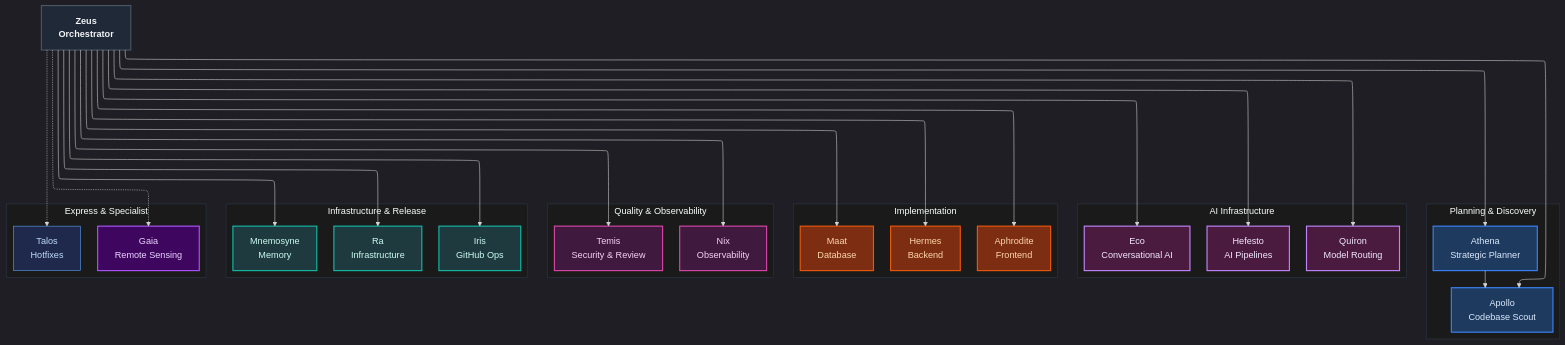
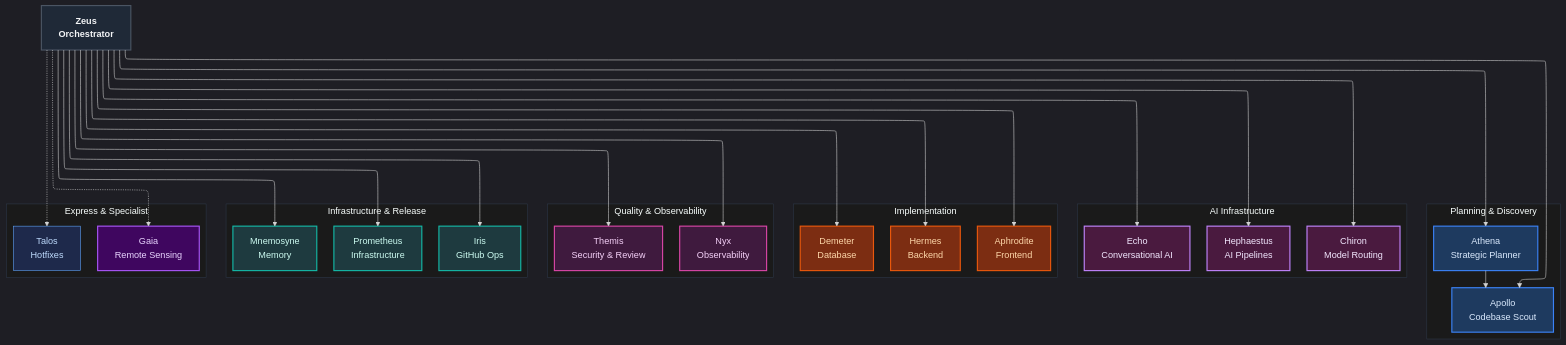
Before and after one commit to ils15/pantheon: the diagram in agents/README.md, drawn with Mermaid. The commit also changed other lines of this file and 229 other files, not shown here.

First line of the commit message:
feat: padronizar agentes para nomes ingleses (Maat→Demeter, Ra→Prometheus, e mais 5)

````diff
--- a/agents/README.md
+++ b/agents/README.md
@@ -233,63 +233,63 @@
 ```mermaid
 ---
 config:
   look: classic
   theme: dark
   layout: elk
 ---
 graph TB
     classDef tier0 fill:#1f2937,stroke:#4b5563,stroke-width:2px,color:#f3f4f6,font-weight:bold
     classDef tier1 fill:#1e3a5f,stroke:#3b82f6,stroke-width:2px,color:#dbeafe
     classDef tier1b fill:#4a1a3f,stroke:#c084fc,stroke-width:2px,color:#f3e8ff
     classDef tier2 fill:#7c2d12,stroke:#ea580c,stroke-width:2px,color:#fed7aa
     classDef tier3 fill:#3f1a3e,stroke:#d946a6,stroke-width:2px,color:#f5d1f8
     classDef tier4 fill:#1e3a3f,stroke:#14b8a6,stroke-width:2px,color:#ccfbf1
     classDef tier5 fill:#1e294b,stroke:#60a5fa,stroke-width:1px,color:#bfdbfe
     classDef tier6 fill:#3f065f,stroke:#a855f7,stroke-width:2px,color:#e9d5ff
 
     O["Zeus<br/>Orchestrator"]:::tier0
 
     subgraph T1["Planning & Discovery"]
         A1["Athena<br/>Strategic Planner"]:::tier1
         A2["Apollo<br/>Codebase Scout"]:::tier1
     end
 
     subgraph AI["AI Infrastructure"]
-        H["Hefesto<br/>AI Pipelines"]:::tier1b
-        Q["Quíron<br/>Model Routing"]:::tier1b
-        E["Eco<br/>Conversational AI"]:::tier1b
+        H["Hephaestus<br/>AI Pipelines"]:::tier1b
+        Q["Chiron<br/>Model Routing"]:::tier1b
+        E["Echo<br/>Conversational AI"]:::tier1b
     end
 
     subgraph T2["Implementation"]
         I1["Hermes<br/>Backend"]:::tier2
         I2["Aphrodite<br/>Frontend"]:::tier2
-        I3["Maat<br/>Database"]:::tier2
+        I3["Demeter<br/>Database"]:::tier2
     end
 
     subgraph T3["Quality & Observability"]
-        T1a["Temis<br/>Security & Review"]:::tier3
-        N["Nix<br/>Observability"]:::tier3
+        T1a["Themis<br/>Security & Review"]:::tier3
+        N["Nyx<br/>Observability"]:::tier3
     end
 
     subgraph T4["Infrastructure & Release"]
-        R["Ra<br/>Infrastructure"]:::tier4
+        R["Prometheus<br/>Infrastructure"]:::tier4
         I["Iris<br/>GitHub Ops"]:::tier4
         M["Mnemosyne<br/>Memory"]:::tier4
     end
 
     subgraph T5["Express & Specialist"]
         T["Talos<br/>Hotfixes"]:::tier5
         G["Gaia<br/>Remote Sensing"]:::tier6
     end
 
     O --> A1 & A2 & H & Q & E & I1 & I2 & I3 & T1a & N & R & I & M
     O -.-> T & G
     A1 --> A2
 
     style T1 fill:#1a1a1a,stroke:#2d3748,stroke-width:1px
     style AI fill:#1a1a1a,stroke:#2d3748,stroke-width:1px
     style T2 fill:#1a1a1a,stroke:#2d3748,stroke-width:1px
     style T3 fill:#1a1a1a,stroke:#2d3748,stroke-width:1px
     style T4 fill:#1a1a1a,stroke:#2d3748,stroke-width:1px
     style T5 fill:#1a1a1a,stroke:#2d3748,stroke-width:1px
 ```
````
